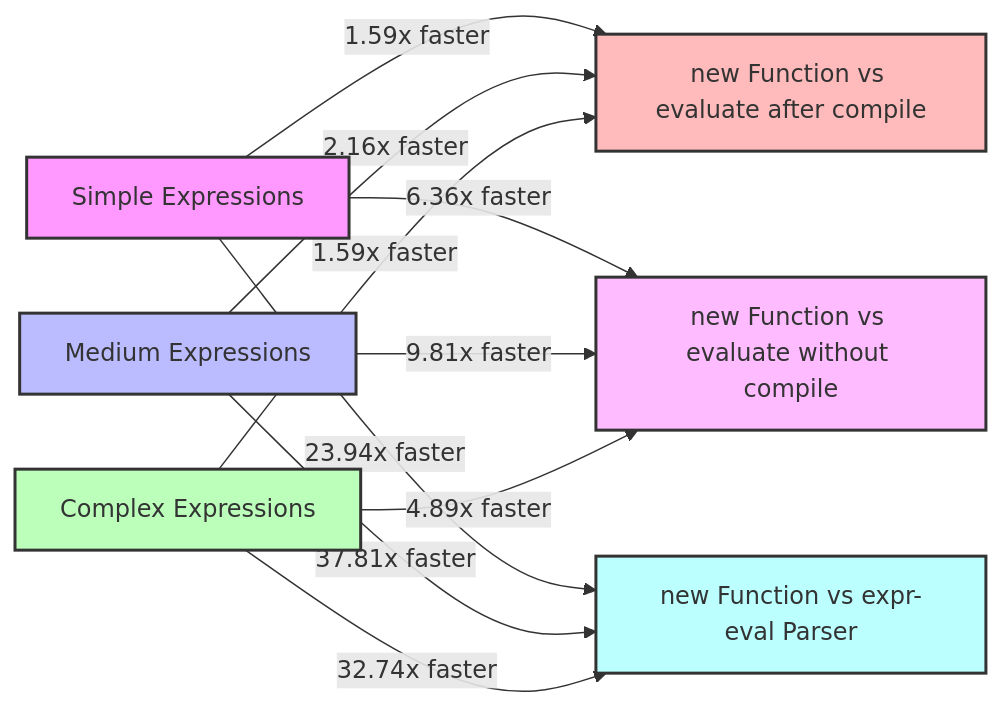
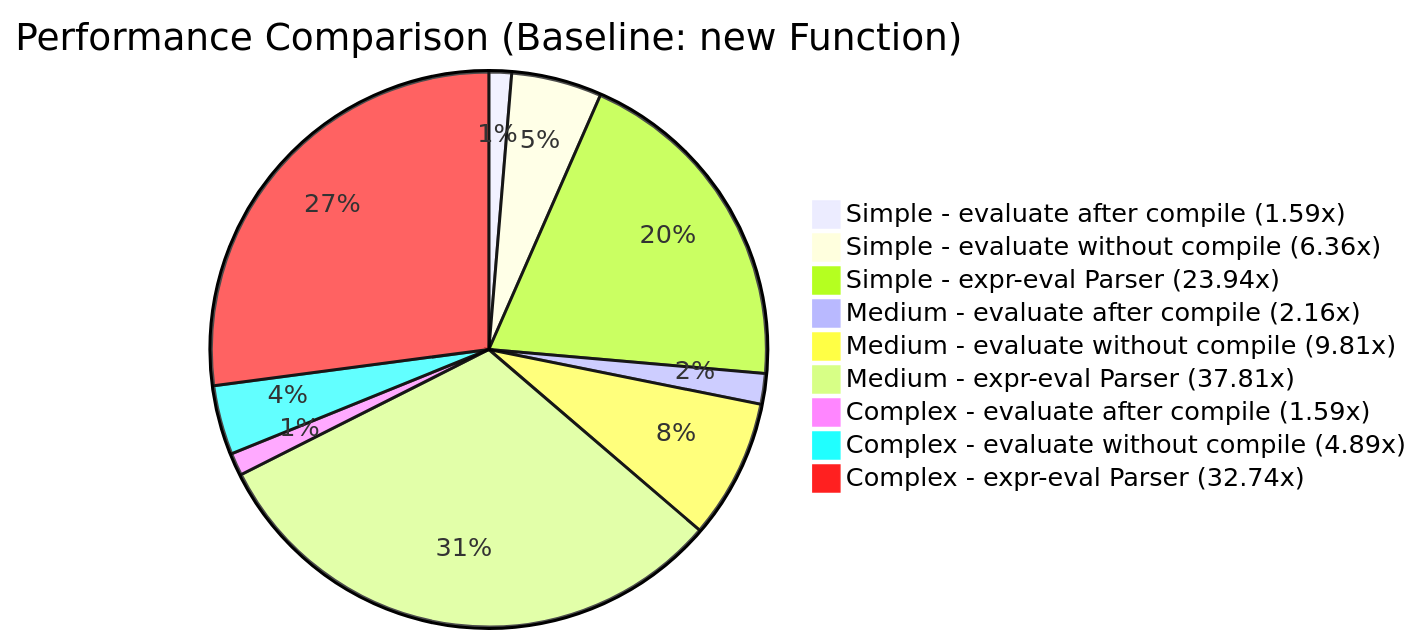
The diagram in README.md (antvis/expr), drawn with Mermaid before and after one commit.

Commit message:
fix: mermaid bar graph

````diff
--- a/README.md
+++ b/README.md
@@ -187,18 +187,12 @@
 ```mermaid
-graph LR
-    A[Simple Expressions] --> |1.59x faster| B[new Function vs evaluate after compile]
-    A --> |6.36x faster| C[new Function vs evaluate without compile]
-    A --> |23.94x faster| D[new Function vs expr-eval Parser]
-    E[Medium Expressions] --> |2.16x faster| B
-    E --> |9.81x faster| C
-    E --> |37.81x faster| D
-    F[Complex Expressions] --> |1.59x faster| B
-    F --> |4.89x faster| C
-    F --> |32.74x faster| D
-    style A fill:#f9f,stroke:#333,stroke-width:2px
-    style E fill:#bbf,stroke:#333,stroke-width:2px
-    style F fill:#bfb,stroke:#333,stroke-width:2px
-    style B fill:#fbb,stroke:#333,stroke-width:2px
-    style C fill:#fbf,stroke:#333,stroke-width:2px
-    style D fill:#bff,stroke:#333,stroke-width:2px
+pie title Performance Comparison (Baseline: new Function)
+    "Simple - evaluate after compile (1.59x)" : 1.59
+    "Simple - evaluate without compile (6.36x)" : 6.36
+    "Simple - expr-eval Parser (23.94x)" : 23.94
+    "Medium - evaluate after compile (2.16x)" : 2.16
+    "Medium - evaluate without compile (9.81x)" : 9.81
+    "Medium - expr-eval Parser (37.81x)" : 37.81
+    "Complex - evaluate after compile (1.59x)" : 1.59
+    "Complex - evaluate without compile (4.89x)" : 4.89
+    "Complex - expr-eval Parser (32.74x)" : 32.74
 ```
````
